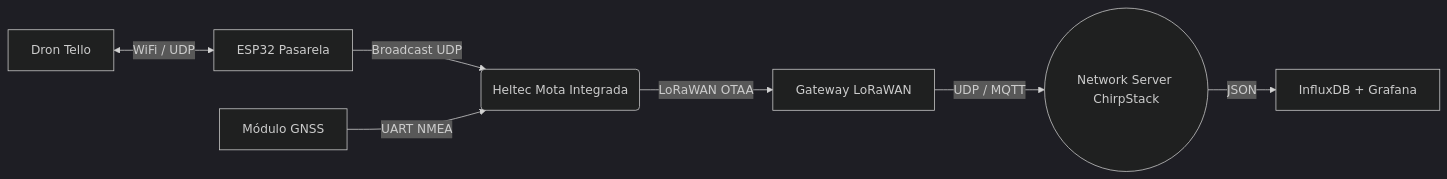
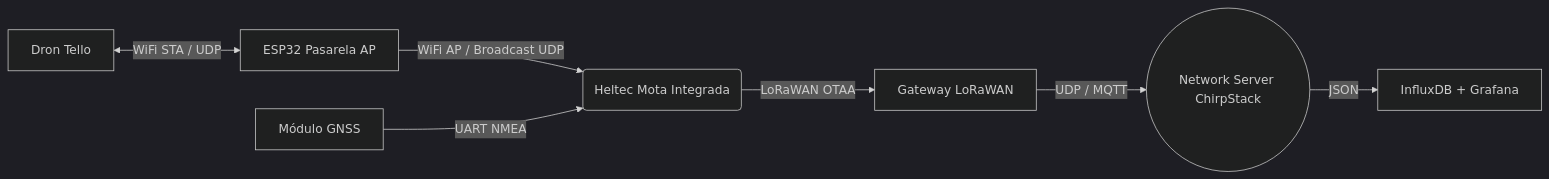
The second of 2 diagrams in docs/architecture.md (paulageenaro/uav-lorawan-gnss), drawn with Mermaid (dark theme) before and after one commit. The commit also changed other lines of this file, not shown here.

Commit message:
Clarificar los roles WiFi STA y AP del ESP32 en el diagrama de arquitectura

````diff
--- a/docs/architecture.md
+++ b/docs/architecture.md
@@ -17,9 +17,9 @@
 ```mermaid
 graph LR
-    UAV[Dron Tello] <-->|WiFi / UDP| ESP[ESP32 Pasarela]
-    ESP -->|Broadcast UDP| B(Heltec Mota Integrada)
+    UAV[Dron Tello] <-->|WiFi STA / UDP| ESP[ESP32 Pasarela AP]
+    ESP -->|WiFi AP / Broadcast UDP| B(Heltec Mota Integrada)
     A[Módulo GNSS] -->|UART NMEA| B
     B -->|LoRaWAN OTAA| C[Gateway LoRaWAN]
     C -->|UDP / MQTT| D((Network Server ChirpStack))
     D -->|JSON| E[InfluxDB + Grafana]
 ```
````
